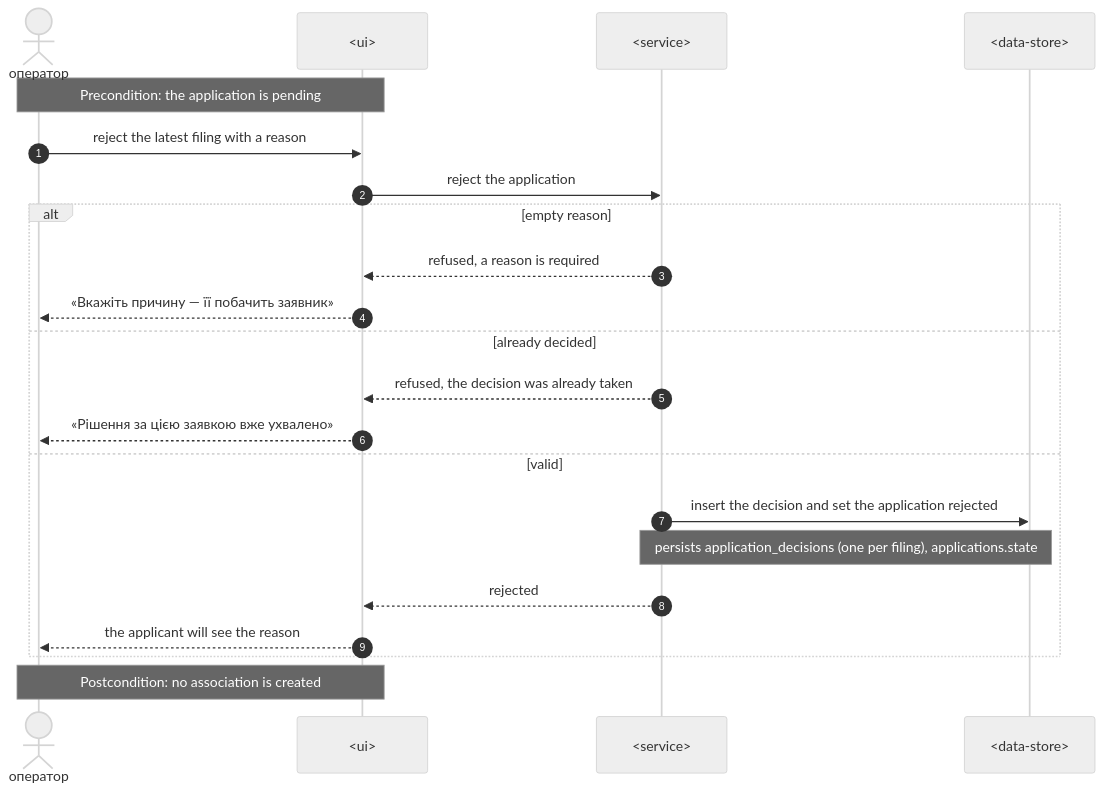
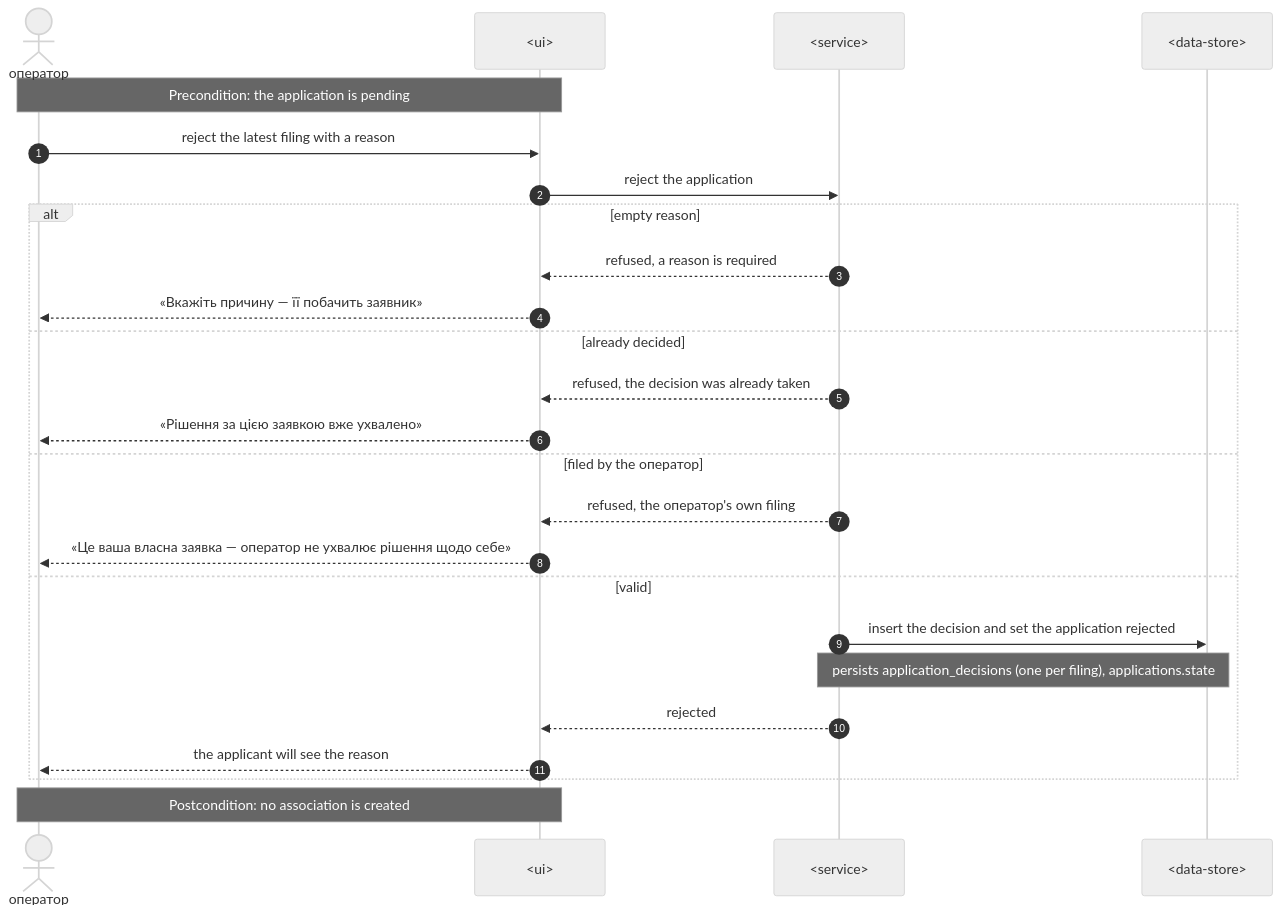
Before and after one commit to AndriiOpryshko/spilno: the tenth of 14 diagrams in docs/features/association-onboarding/sad.md, drawn with Mermaid (neutral theme). The commit also changed other lines of this file, not shown here.

First line of the commit message:
docs(onboarding): SAD §6 — own filing, re-seat and field checks

````diff
--- a/docs/features/association-onboarding/sad.md
+++ b/docs/features/association-onboarding/sad.md
@@ -387,24 +400,27 @@
 ```mermaid
 sequenceDiagram
     autonumber
     actor O as оператор
     participant UI as <ui>
     participant S as <service>
     participant D as <data-store>
     Note over O,UI: Precondition: the application is pending
     O->>UI: reject the latest filing with a reason
     UI->>S: reject the application
     alt empty reason
         S-->>UI: refused, a reason is required
         UI-->>O: «Вкажіть причину — її побачить заявник»
     else already decided
         S-->>UI: refused, the decision was already taken
         UI-->>O: «Рішення за цією заявкою вже ухвалено»
+    else filed by the оператор
+        S-->>UI: refused, the оператор's own filing
+        UI-->>O: «Це ваша власна заявка — оператор не ухвалює рішення щодо себе»
     else valid
         S->>D: insert the decision and set the application rejected
         Note over S,D: persists application_decisions (one per filing), applications.state
         S-->>UI: rejected
         UI-->>O: the applicant will see the reason
     end
     Note over O,UI: Postcondition: no association is created
 ```
````
